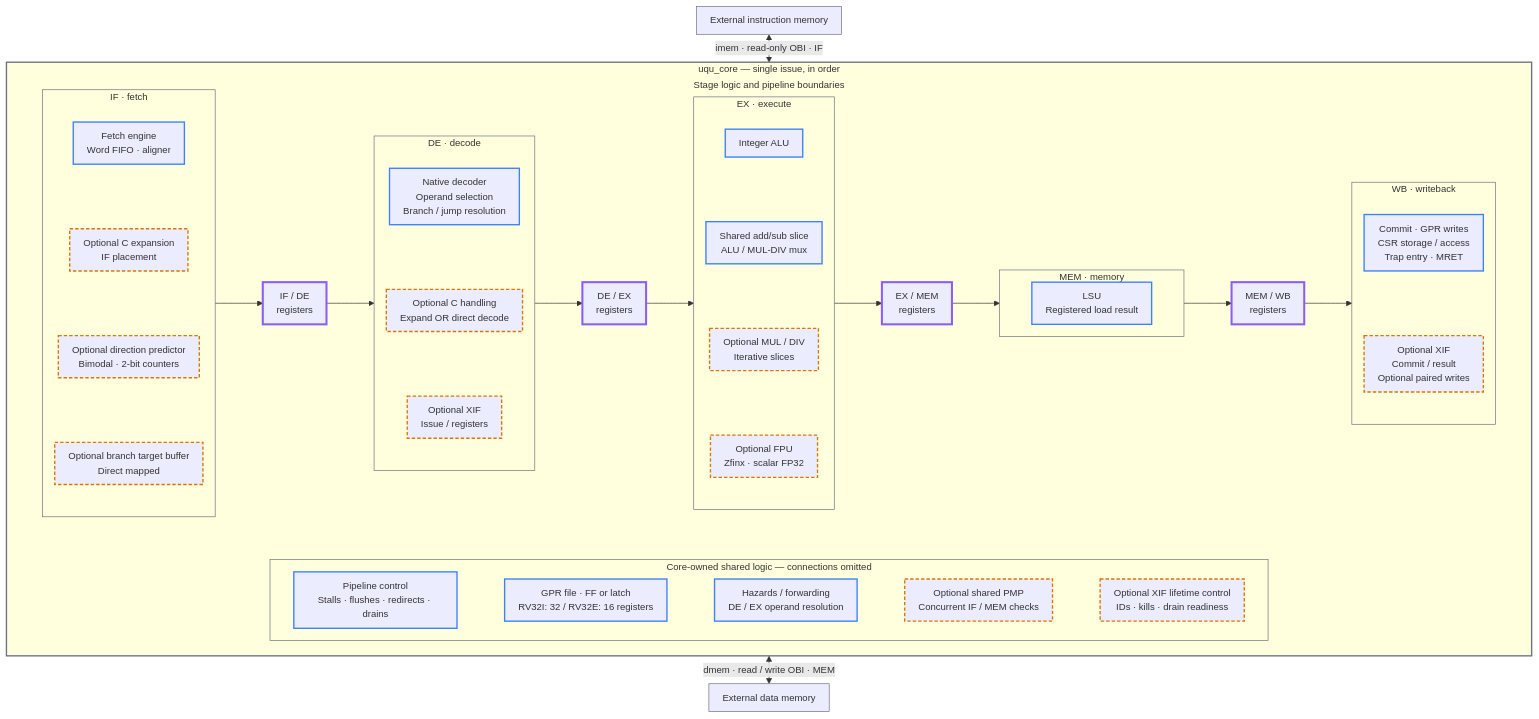
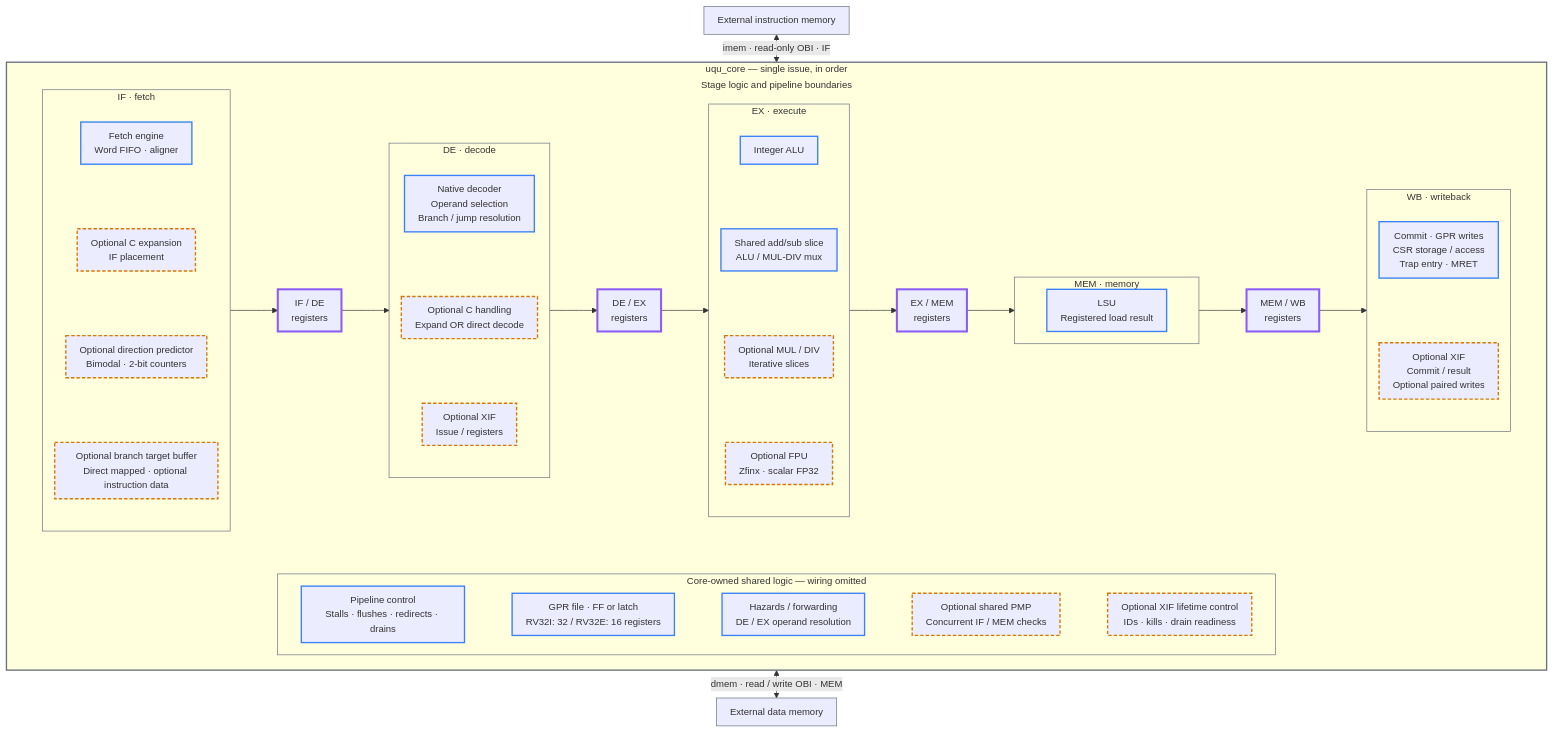
The first of 2 diagrams in README.md (JoGei/uquintus), drawn with Mermaid before and after one commit. The commit also changed other lines of this file and 56 other files, not shown here.

```diff
--- a/README.md
+++ b/README.md
@@ -35,7 +35,7 @@
                 FETCH["Fetch engine<br/>Word FIFO · aligner"]
                 C_IF["Optional C expansion<br/>IF placement"]
                 BP["Optional direction predictor<br/>Bimodal · 2-bit counters"]
-                BTB["Optional branch target buffer<br/>Direct mapped"]
+                BTB["Optional branch target buffer<br/>Direct mapped · optional instruction data"]
                 FETCH ~~~ C_IF ~~~ BP ~~~ BTB
             end
             IF_DE["IF / DE<br/>registers"]
@@ -72,7 +72,7 @@
 
         PIPELINE ~~~ SHARED
 
-        subgraph SHARED["Core-owned shared logic — connections omitted"]
+        subgraph SHARED["Core-owned shared logic — wiring omitted"]
             direction LR
             CTRL["Pipeline control<br/>Stalls · flushes · redirects · drains"]
             GPR["GPR file · FF or latch<br/>RV32I: 32 / RV32E: 16 registers"]
```
